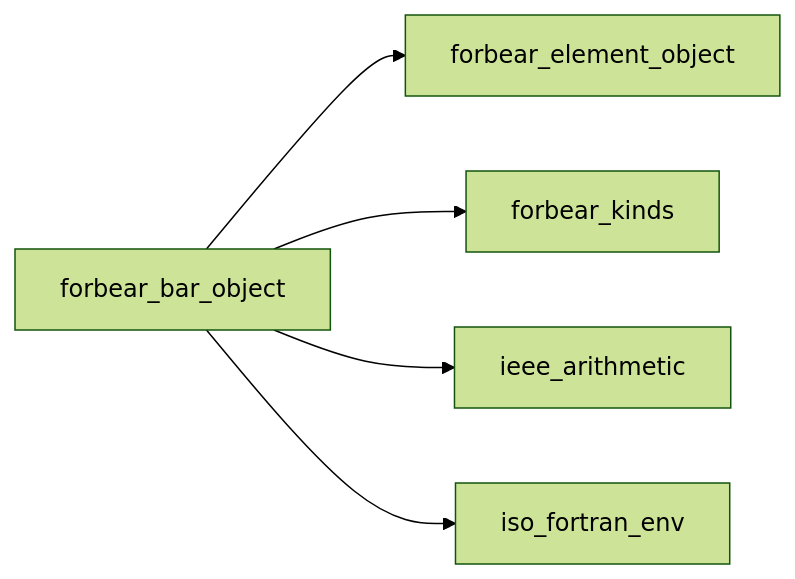
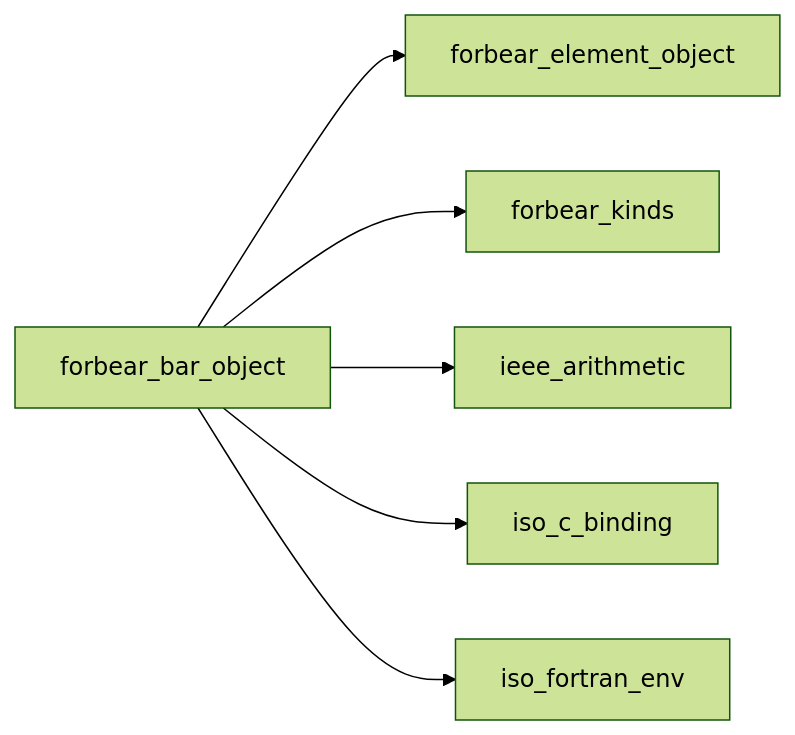
One commit to szaghi/forbear changed the first of 18 diagrams in docs/api/src/lib/forbear_bar_object.md. Above: the diagram before and after it, drawn with Mermaid (forest theme). The commit also changed other lines of this file and 101 other files, not shown here.

````diff
--- a/docs/api/src/lib/forbear_bar_object.md
+++ b/docs/api/src/lib/forbear_bar_object.md
@@ -11,7 +11,8 @@
 ```mermaid
 graph LR
   forbear_bar_object["forbear_bar_object"] --> forbear_element_object["forbear_element_object"]
   forbear_bar_object["forbear_bar_object"] --> forbear_kinds["forbear_kinds"]
   forbear_bar_object["forbear_bar_object"] --> ieee_arithmetic["ieee_arithmetic"]
+  forbear_bar_object["forbear_bar_object"] --> iso_c_binding["iso_c_binding"]
   forbear_bar_object["forbear_bar_object"] --> iso_fortran_env["iso_fortran_env"]
 ```
````
